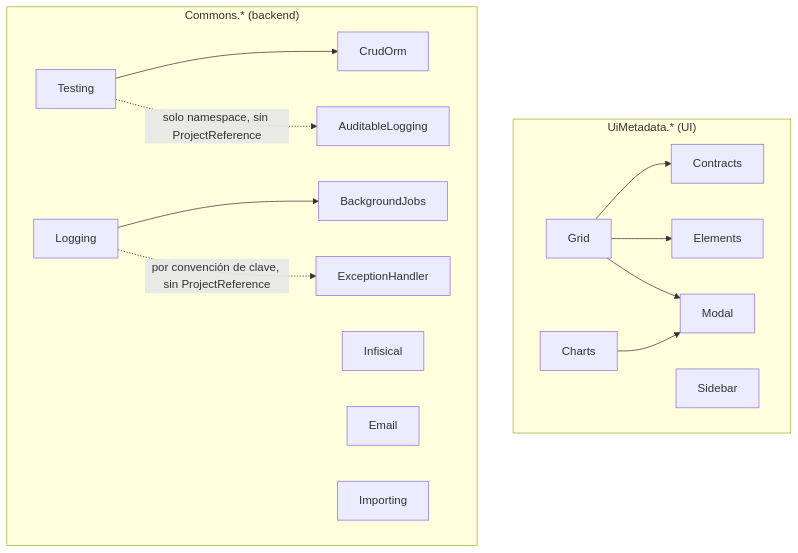
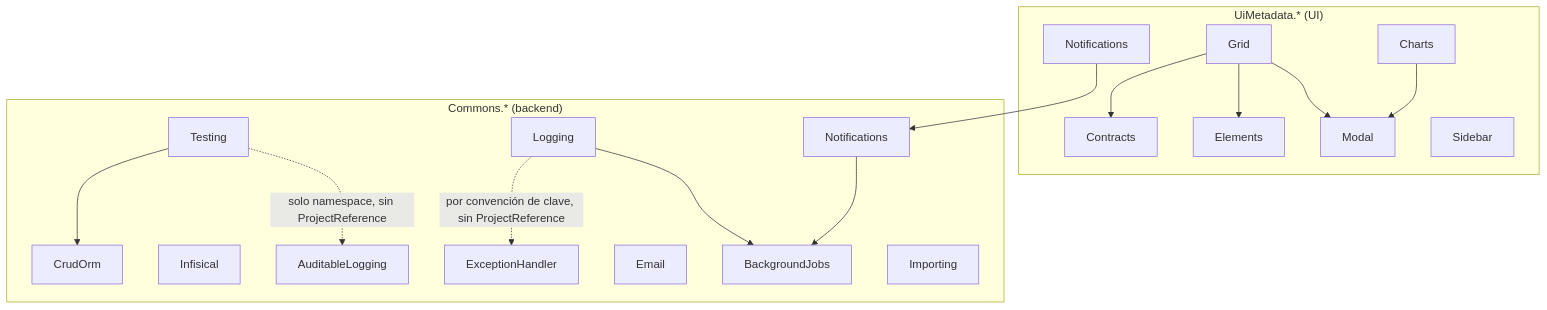
The diagram in packages/README.md (corebound-labs/docs), drawn with Mermaid before and after one commit. The commit also changed other lines of this file and 8 other files, not shown here.

````diff
--- a/packages/README.md
+++ b/packages/README.md
@@ -20,47 +20,53 @@
 ```mermaid
 graph TD
     subgraph "UiMetadata.* (UI)"
         Contracts[Contracts]
         Elements[Elements]
         Modal[Modal]
         Grid[Grid]
         Sidebar[Sidebar]
         Charts[Charts]
+        UiNotifications[Notifications]
     end
     subgraph "Commons.* (backend)"
         CrudOrm[CrudOrm]
         Infisical[Infisical]
         Audit[AuditableLogging]
         ExcHandler[ExceptionHandler]
         Email[Email]
         Testing[Testing]
         Jobs[BackgroundJobs]
         Logging[Logging]
         Importing[Importing]
+        Notifications[Notifications]
     end
 
     Grid --> Contracts
     Grid --> Elements
     Grid --> Modal
     Charts --> Modal
     Testing --> CrudOrm
     Testing -.->|"solo namespace, sin ProjectReference"| Audit
     Logging --> Jobs
+    Notifications --> Jobs
+    UiNotifications --> Notifications
     Logging -.->|"por convención de clave, sin ProjectReference"| ExcHandler
 
     click Contracts "#/packages/uimetadata-contracts"
     click Elements "#/packages/uimetadata-elements"
     click Modal "#/packages/uimetadata-modal"
     click Grid "#/packages/uimetadata-grid"
     click Sidebar "#/packages/uimetadata-sidebar"
     click Charts "#/packages/uimetadata-charts"
     click CrudOrm "#/packages/commons-crudorm"
     click Infisical "#/packages/commons-infisical"
     click Audit "#/packages/commons-auditablelogging"
     click ExcHandler "#/packages/commons-exceptionhandler"
     click Email "#/packages/commons-email"
     click Testing "#/packages/commons-testing"
     click Jobs "#/packages/commons-backgroundjobs"
     click Logging "#/packages/commons-logging"
     click Importing "#/packages/commons-importing"
+    click Notifications "#/packages/commons-notifications"
+    click UiNotifications "#/packages/uimetadata-notifications"
 ```
````
